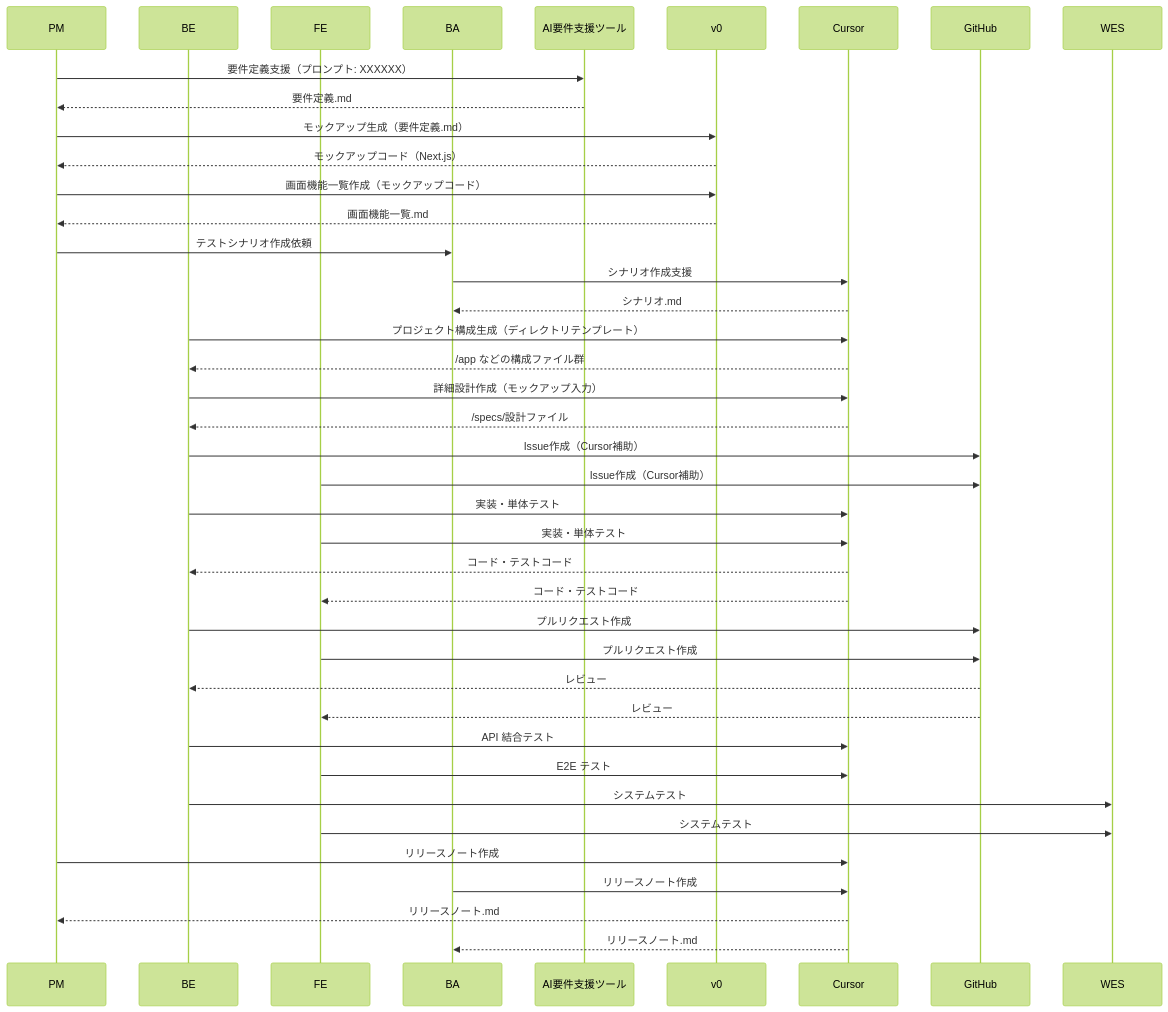
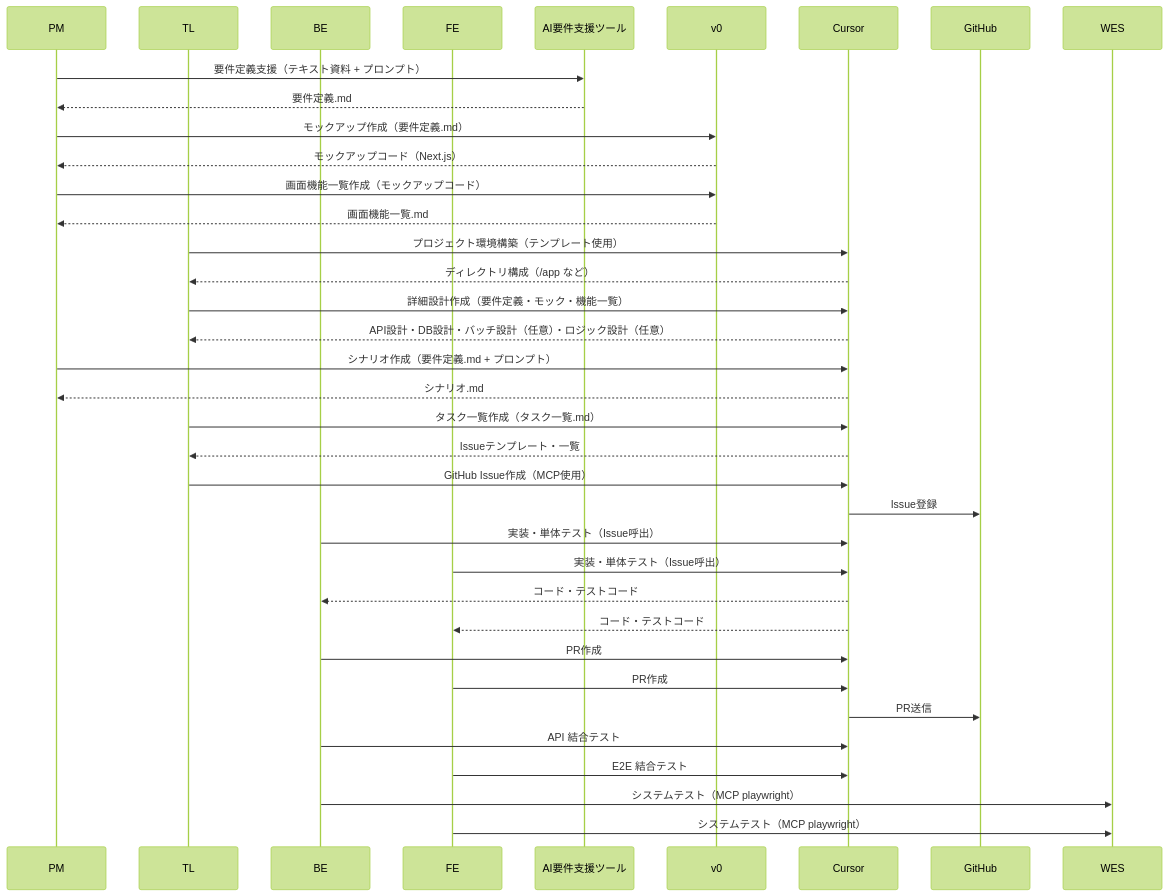
One commit to TeckVeho/wiki changed the diagram in docs/AI_driven_dedelopment/flow.md. Above: the diagram before and after it, drawn with Mermaid (forest theme). The commit also changed other lines of this file, not shown here.

````diff
--- a/docs/AI_driven_dedelopment/flow.md
+++ b/docs/AI_driven_dedelopment/flow.md
@@ -124,59 +132,56 @@
 ```mermaid
 sequenceDiagram
+    %% 関係者定義
     participant PM
+    participant TL
     participant BE
     participant FE
-    participant BA
     participant AI_ツール as AI要件支援ツール
     participant v0
     participant Cursor
     participant GitHub
     participant WES
 
     %% フェーズ1: 基本設計
-    PM->>AI_ツール: 要件定義支援（プロンプト: XXXXXX）
+    PM->>AI_ツール: 要件定義支援（テキスト資料 + プロンプト）
     AI_ツール-->>PM: 要件定義.md
 
-    PM->>v0: モックアップ生成（要件定義.md）
+    PM->>v0: モックアップ作成（要件定義.md）
     v0-->>PM: モックアップコード（Next.js）
 
     PM->>v0: 画面機能一覧作成（モックアップコード）
     v0-->>PM: 画面機能一覧.md
 
     %% フェーズ2: 実装準備
-    PM->>BA: テストシナリオ作成依頼
-    BA->>Cursor: シナリオ作成支援
-    Cursor-->>BA: シナリオ.md
+    TL->>Cursor: プロジェクト環境構築（テンプレート使用）
+    Cursor-->>TL: ディレクトリ構成（/app など）
 
-    BE->>Cursor: プロジェクト構成生成（ディレクトリテンプレート）
-    Cursor-->>BE: /app などの構成ファイル群
+    TL->>Cursor: 詳細設計作成（要件定義・モック・機能一覧）
+    Cursor-->>TL: API設計・DB設計・バッチ設計（任意）・ロジック設計（任意）
 
-    BE->>Cursor: 詳細設計作成（モックアップ入力）
-    Cursor-->>BE: /specs/設計ファイル
+    PM->>Cursor: シナリオ作成（要件定義.md + プロンプト）
+    Cursor-->>PM: シナリオ.md
 
-    BE->>GitHub: Issue作成（Cursor補助）
-    FE->>GitHub: Issue作成（Cursor補助）
+    TL->>Cursor: タスク一覧作成（タスク一覧.md）
+    Cursor-->>TL: Issueテンプレート・一覧
+
+    TL->>Cursor: GitHub Issue作成（MCP使用）
+    Cursor->>GitHub: Issue登録
 
     %% フェーズ3: 開発・単体テスト
-    BE->>Cursor: 実装・単体テスト
-    FE->>Cursor: 実装・単体テスト
+    BE->>Cursor: 実装・単体テスト（Issue呼出）
+    FE->>Cursor: 実装・単体テスト（Issue呼出）
     Cursor-->>BE: コード・テストコード
     Cursor-->>FE: コード・テストコード
 
-    BE->>GitHub: プルリクエスト作成
-    FE->>GitHub: プルリクエスト作成
-    GitHub-->>BE: レビュー
-    GitHub-->>FE: レビュー
+    BE->>Cursor: PR作成
+    FE->>Cursor: PR作成
+    Cursor->>GitHub: PR送信
 
     %% フェーズ4: 結合・システムテスト
     BE->>Cursor: API 結合テスト
-    FE->>Cursor: E2E テスト
-    BE->>WES: システムテスト
-    FE->>WES: システムテスト
+    FE->>Cursor: E2E 結合テスト
 
-    %% フェーズ5: リリース
-    PM->>Cursor: リリースノート作成
-    BA->>Cursor: リリースノート作成
-    Cursor-->>PM: リリースノート.md
-    Cursor-->>BA: リリースノート.md
+    BE->>WES: システムテスト（MCP playwright）
+    FE->>WES: システムテスト（MCP playwright）
 ```
````
